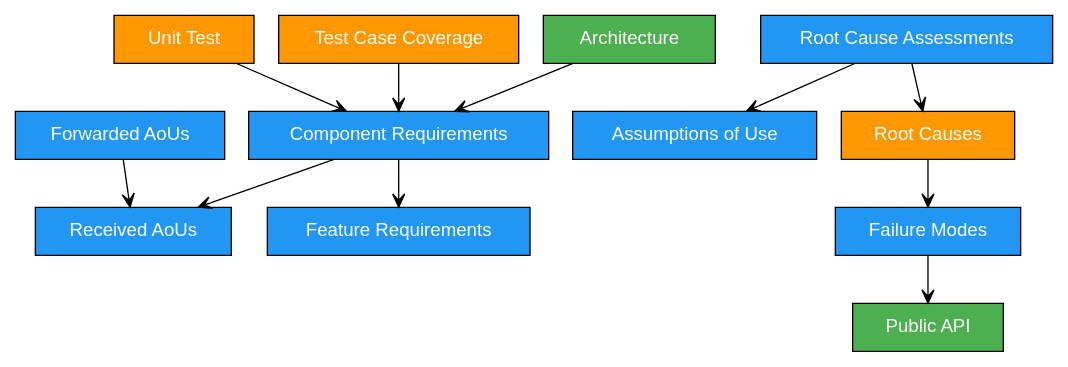
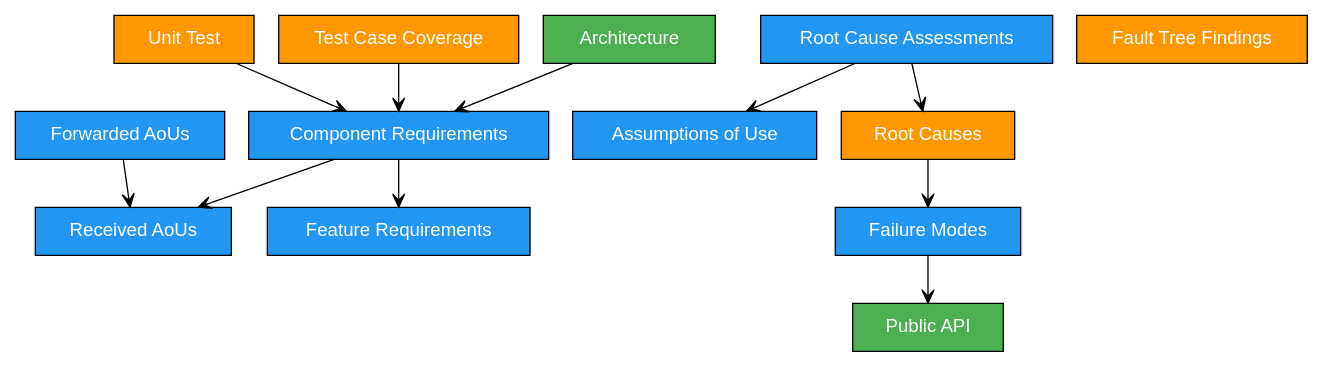
The diagram in bazel/rules/rules_score/docs/overview.rst (eclipse-score/tooling), drawn with Graphviz before and after one commit. The commit also changed other lines of this file and 51 other files, not shown here.

```diff
--- a/bazel/rules/rules_score/docs/overview.rst
+++ b/bazel/rules/rules_score/docs/overview.rst
@@ -184,30 +185,31 @@
 .. graphviz::
 
    digraph tracing_policy {
       rankdir=TB;
       node [shape=box, style=filled, fontname="Helvetica", margin="0.3,0.1"];
       edge [arrowhead=open];
 
       "Feature Requirements" [fillcolor="#2196F3", fontcolor="white"];
       "Received AoUs" [fillcolor="#2196F3", fontcolor="white"];
       "Forwarded AoUs" [fillcolor="#2196F3", fontcolor="white"];
       "Component Requirements" [fillcolor="#2196F3", fontcolor="white"];
       "Unit Test" [fillcolor="#FF9800", fontcolor="white"];
       "Test Case Coverage" [fillcolor="#FF9800", fontcolor="white"];
       "Architecture" [fillcolor="#4CAF50", fontcolor="white"];
       "Public API" [fillcolor="#4CAF50", fontcolor="white"];
       "Failure Modes" [fillcolor="#2196F3", fontcolor="white"];
       "Assumptions of Use" [fillcolor="#2196F3", fontcolor="white"];
       "Root Causes" [fillcolor="#FF9800", fontcolor="white"];
+      "Fault Tree Findings" [fillcolor="#FF9800", fontcolor="white"];
       "Root Cause Assessments" [fillcolor="#2196F3", fontcolor="white"];
       "Forwarded AoUs" -> "Received AoUs";
       "Component Requirements" -> "Feature Requirements";
       "Component Requirements" -> "Received AoUs";
       "Unit Test" -> "Component Requirements";
       "Test Case Coverage" -> "Component Requirements";
       "Architecture" -> "Component Requirements";
       "Failure Modes" -> "Public API";
       "Root Causes" -> "Failure Modes";
       "Root Cause Assessments" -> "Root Causes";
       "Root Cause Assessments" -> "Assumptions of Use";
    }
```
